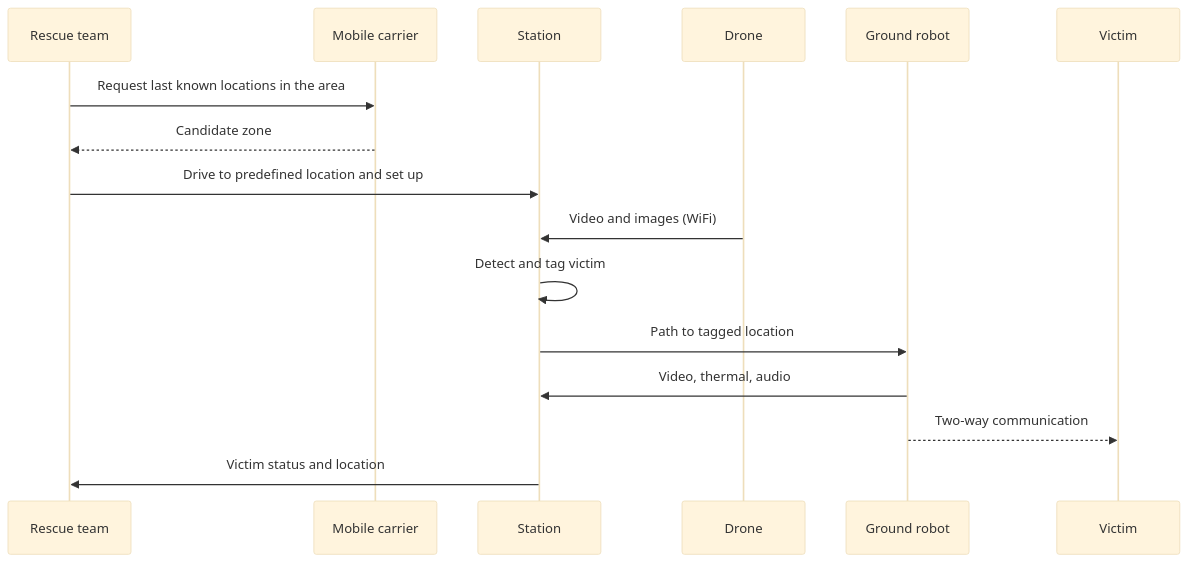
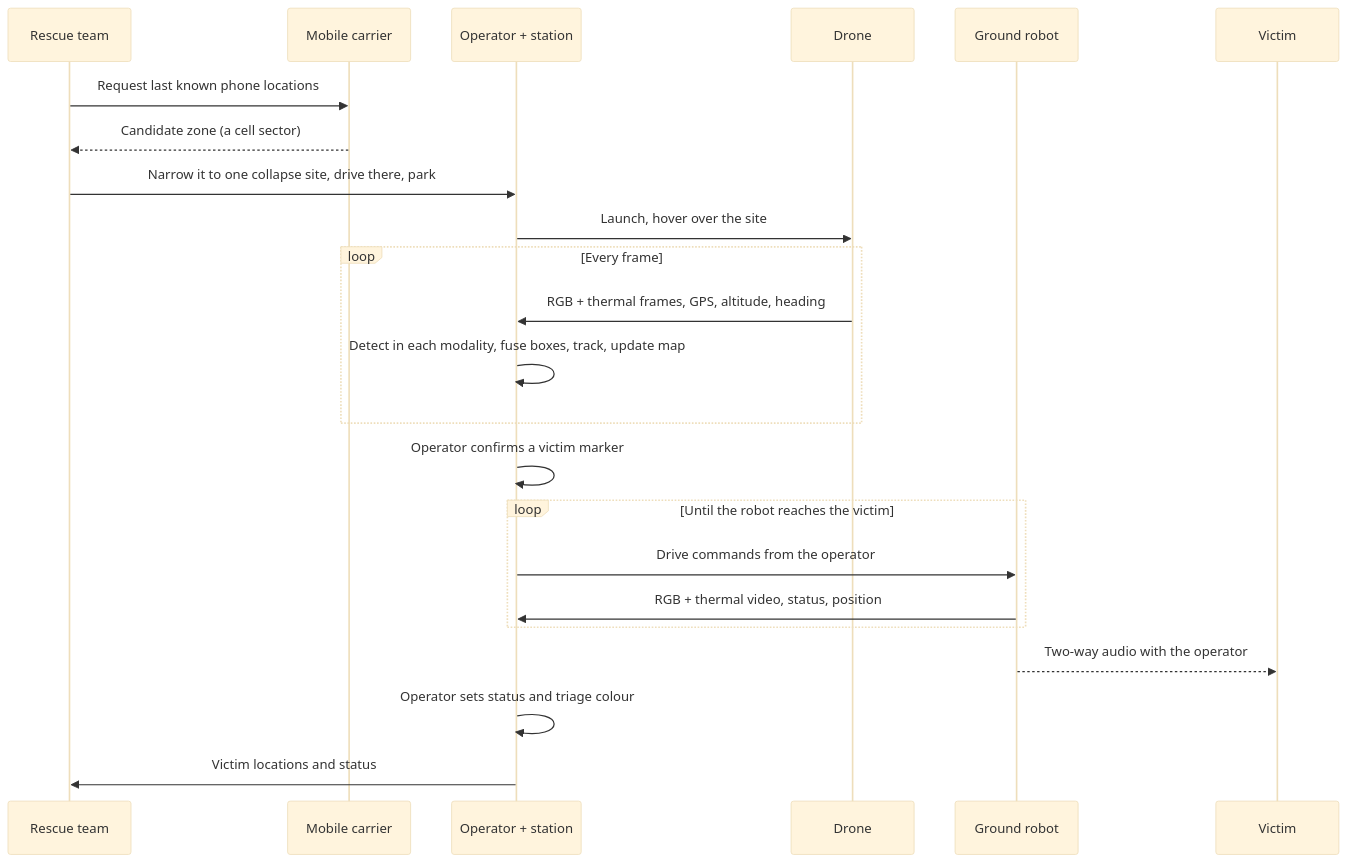
One commit to sagyzdop/capstone changed the second of 3 diagrams in README.md. Above: the diagram before and after it, drawn with Mermaid (base theme). The commit also changed other lines of this file and 118 other files, not shown here.

````diff
--- a/README.md
+++ b/README.md
@@ -24,18 +55,25 @@
 ```mermaid
 sequenceDiagram
     participant T as Rescue team
     participant C as Mobile carrier
-    participant S as Station
+    participant O as Operator + station
     participant D as Drone
     participant R as Ground robot
     participant V as Victim
-    T->>C: Request last known locations in the area
-    C-->>T: Candidate zone
-    T->>S: Drive to predefined location and set up
-    D->>S: Video and images (WiFi)
-    S->>S: Detect and tag victim
-    S->>R: Path to tagged location
-    R->>S: Video, thermal, audio
-    R-->>V: Two-way communication
-    S->>T: Victim status and location
+    T->>C: Request last known phone locations
+    C-->>T: Candidate zone (a cell sector)
+    T->>O: Narrow it to one collapse site, drive there, park
+    O->>D: Launch, hover over the site
+    loop Every frame
+        D->>O: RGB + thermal frames, GPS, altitude, heading
+        O->>O: Detect in each modality, fuse boxes, track, update map
+    end
+    O->>O: Operator confirms a victim marker
+    loop Until the robot reaches the victim
+        O->>R: Drive commands from the operator
+        R->>O: RGB + thermal video, status, position
+    end
+    R-->>V: Two-way audio with the operator
+    O->>O: Operator sets status and triage colour
+    O->>T: Victim locations and status
 ```
````
